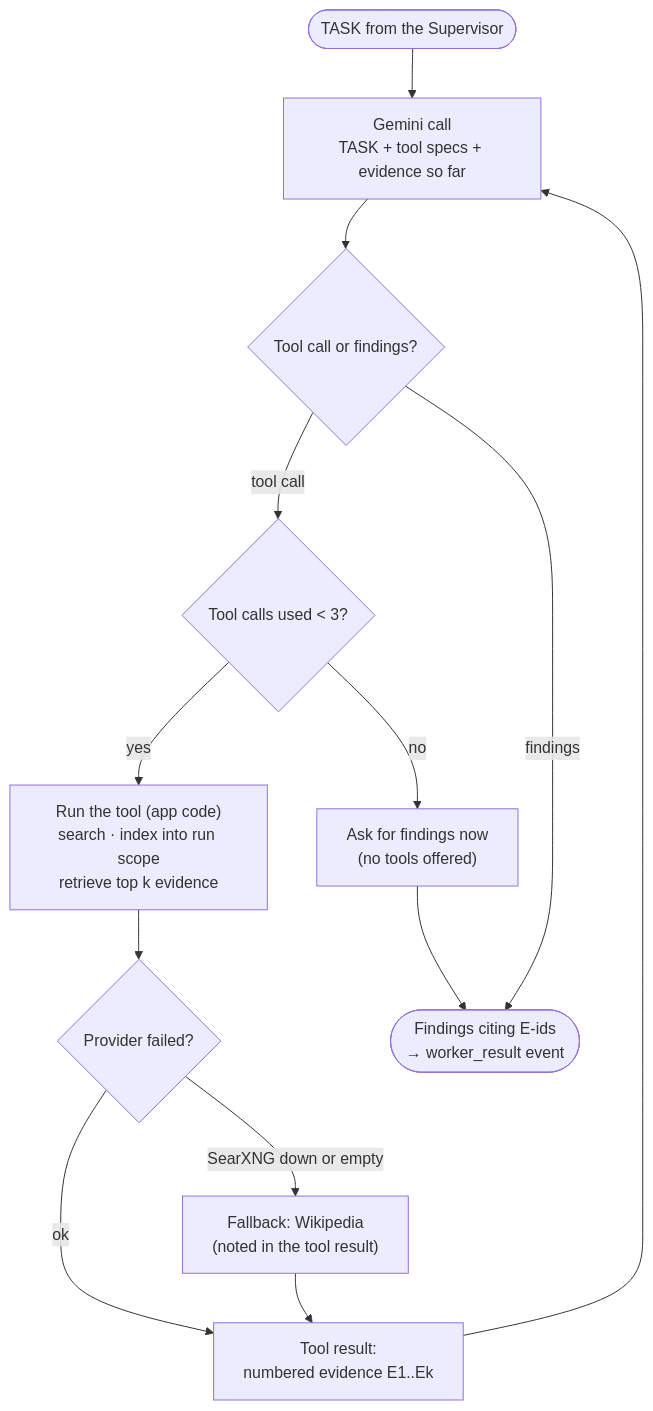
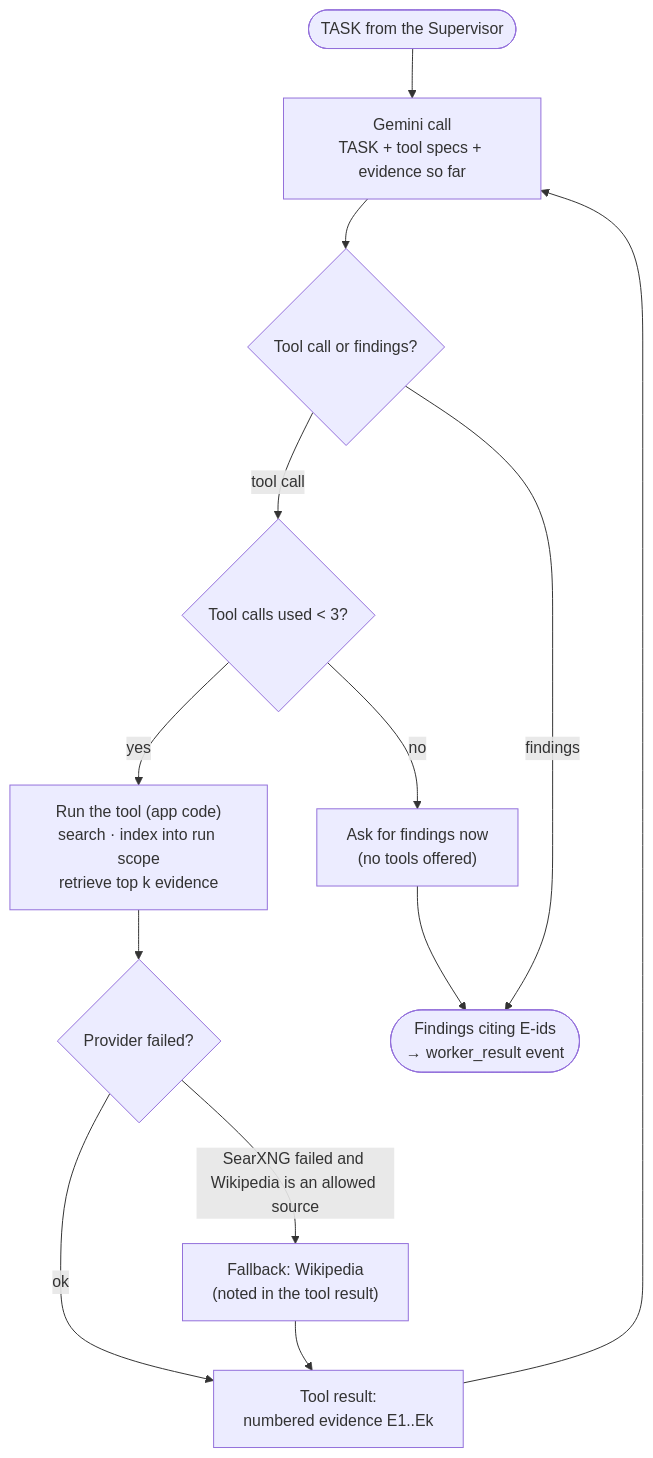
One commit to RodrigoDamasio/TA_FinalProject changed the fifth of 7 diagrams in Final_project/PLAN.md. Above: the diagram before and after it, drawn with Mermaid. The commit also changed other lines of this file and 8 other files, not shown here.

````diff
--- a/Final_project/PLAN.md
+++ b/Final_project/PLAN.md
@@ -242,15 +242,15 @@
 ```mermaid
 flowchart TD
     start(["TASK from the Supervisor"]) --> llm["Gemini call<br/>TASK + tool specs + evidence so far"]
     llm --> kind{"Tool call or findings?"}
     kind -- "tool call" --> cap{"Tool calls used < 3?"}
     cap -- "no" --> force["Ask for findings now<br/>(no tools offered)"]
     cap -- "yes" --> run["Run the tool (app code)<br/>search · index into run scope<br/>retrieve top k evidence"]
     run --> fail{"Provider failed?"}
-    fail -- "SearXNG down or empty" --> fb["Fallback: Wikipedia<br/>(noted in the tool result)"]
+    fail -- "SearXNG failed and Wikipedia is an allowed source" --> fb["Fallback: Wikipedia<br/>(noted in the tool result)"]
     fail -- "ok" --> res["Tool result:<br/>numbered evidence E1..Ek"]
     fb --> res
     res --> llm
     force --> done
     kind -- "findings" --> done(["Findings citing E-ids<br/>→ worker_result event"])
 ```
````
